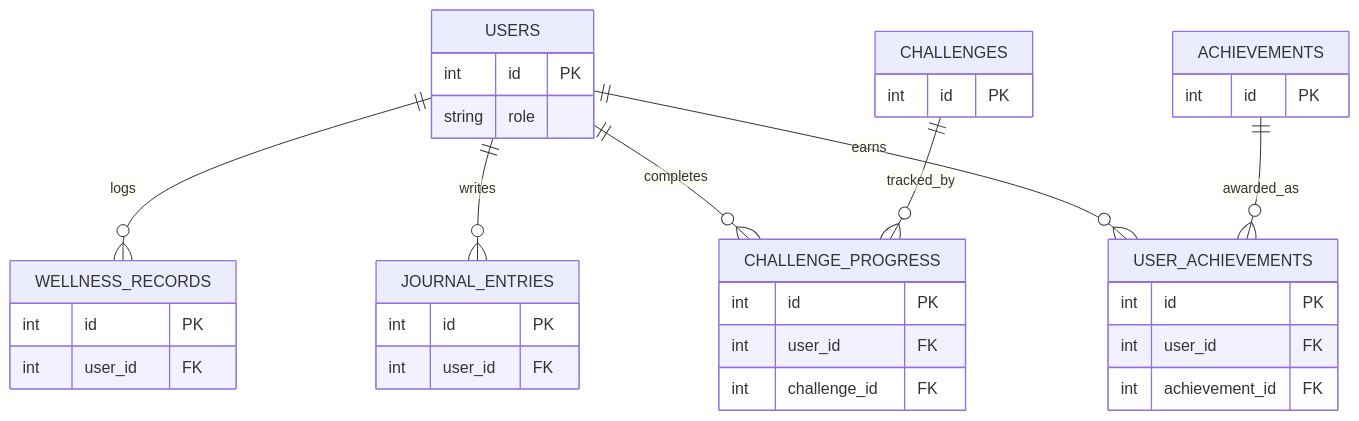
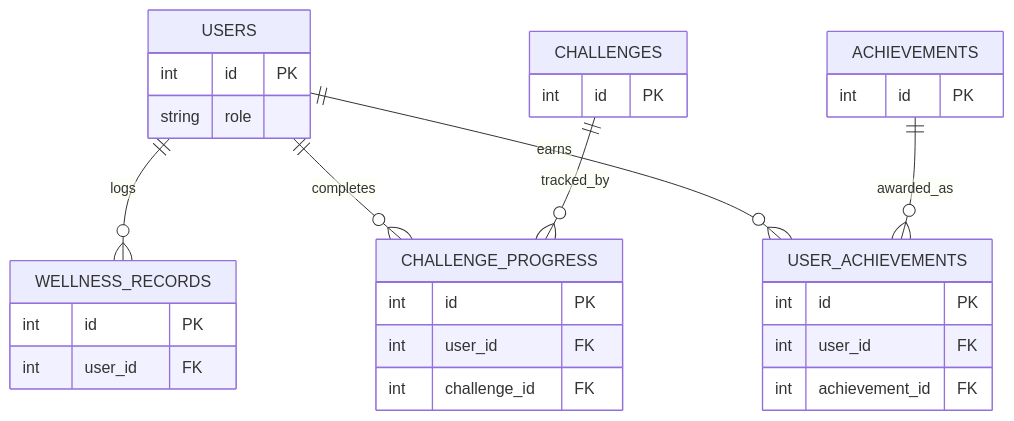
Before and after one commit to goxxie08/Wellvia: the second of 3 diagrams in SYSTEM_DESIGN.md, drawn with Mermaid. The commit also changed other lines of this file and 2 other files, not shown here.

Commit message:
docs: remove journal feature references

````diff
--- a/SYSTEM_DESIGN.md
+++ b/SYSTEM_DESIGN.md
@@ -287,38 +262,33 @@
 ```mermaid
 erDiagram
     USERS ||--o{ WELLNESS_RECORDS : logs
-    USERS ||--o{ JOURNAL_ENTRIES : writes
     USERS ||--o{ CHALLENGE_PROGRESS : completes
     USERS ||--o{ USER_ACHIEVEMENTS : earns
     CHALLENGES ||--o{ CHALLENGE_PROGRESS : tracked_by
     ACHIEVEMENTS ||--o{ USER_ACHIEVEMENTS : awarded_as
     
     USERS {
         int id PK
         string role
     }
     WELLNESS_RECORDS {
-        int id PK
-        int user_id FK
-    }
-    JOURNAL_ENTRIES {
         int id PK
         int user_id FK
     }
     CHALLENGES {
         int id PK
     }
     CHALLENGE_PROGRESS {
         int id PK
         int user_id FK
         int challenge_id FK
     }
     ACHIEVEMENTS {
         int id PK
     }
     USER_ACHIEVEMENTS {
         int id PK
         int user_id FK
         int achievement_id FK
     }
 ```
````
